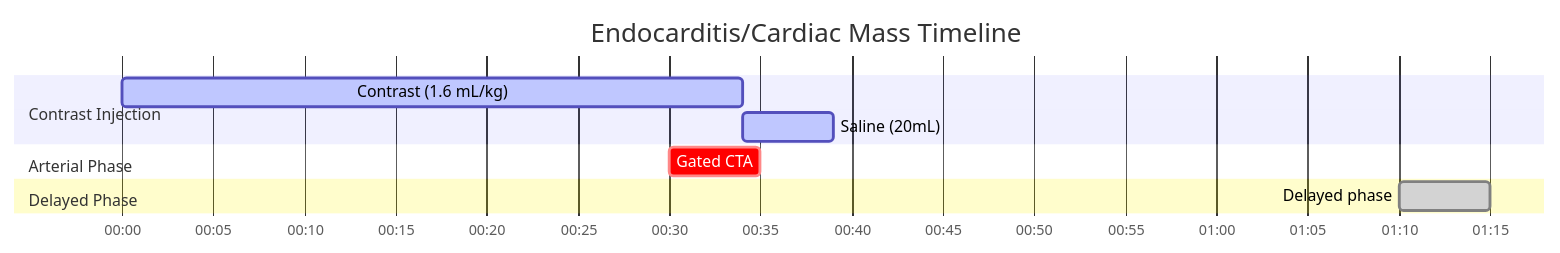
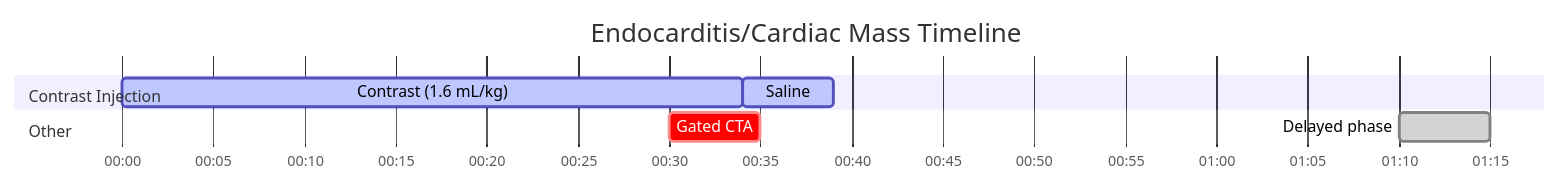
Before and after one commit to dfergs93/radiology-protocols: the diagram in docs/ct/cardiac/endocarditiscardiac-mass.md, drawn with Mermaid. The commit also changed other lines of this file and 101 other files, not shown here.

````diff
--- a/docs/ct/cardiac/endocarditiscardiac-mass.md
+++ b/docs/ct/cardiac/endocarditiscardiac-mass.md
@@ -85,18 +86,19 @@
   ```mermaid
   ---
+  displayMode: compact
   config:
     theme: default
+    themeCSS: " #Saline{ fill: #4ed5ff; stroke: #2094f3; } "
   ---
     gantt
       title Endocarditis/Cardiac Mass Timeline
       dateFormat mm:ss
       axisFormat %M:%S 
       
       section Contrast Injection
       Contrast (1.6 mL/kg)    :active, contrast, 00:00, 34s
-      Saline (20mL)          :active, saline, after contrast, 5s
-      section Arterial Phase
+      Saline          :active, saline, after contrast, 5s
+      section Other
       Gated CTA    :crit, scan1, 00:30, 5s
-      section Delayed Phase
       Delayed phase    :done, scan2, 01:10, 5s
   ```
````
